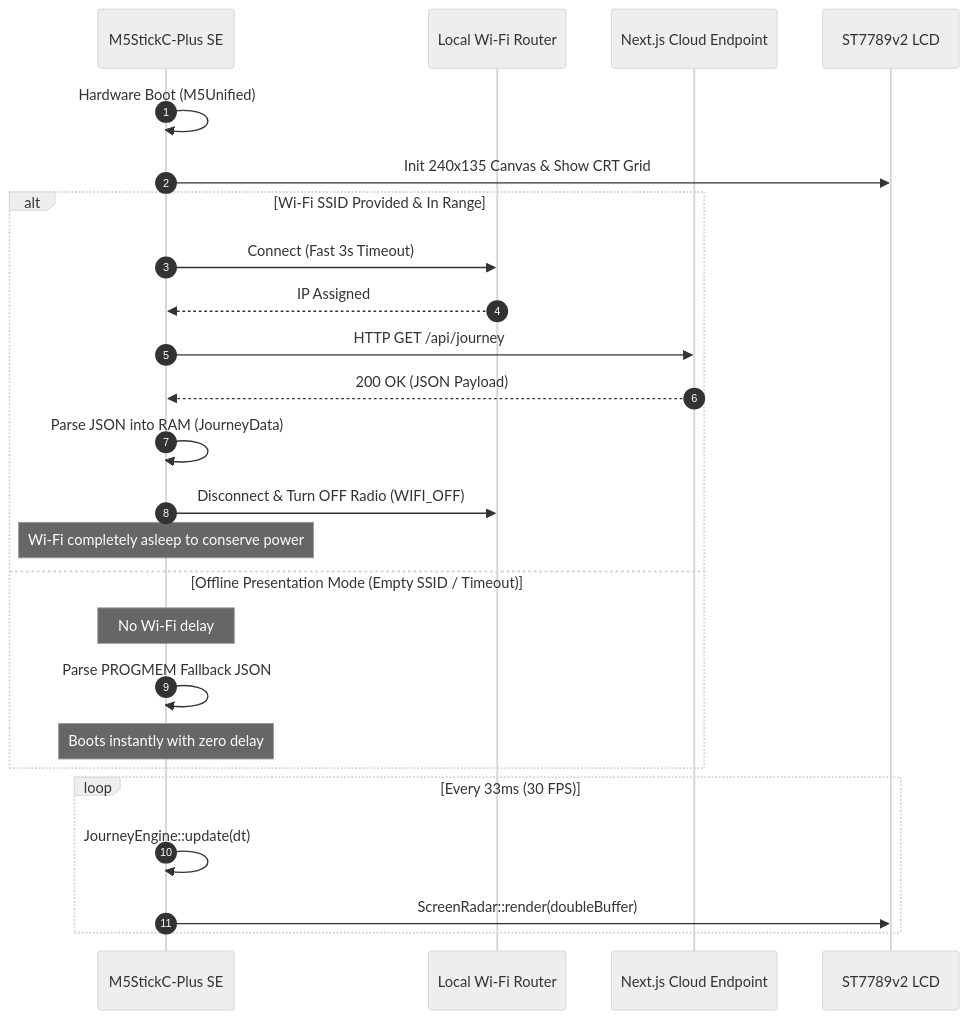
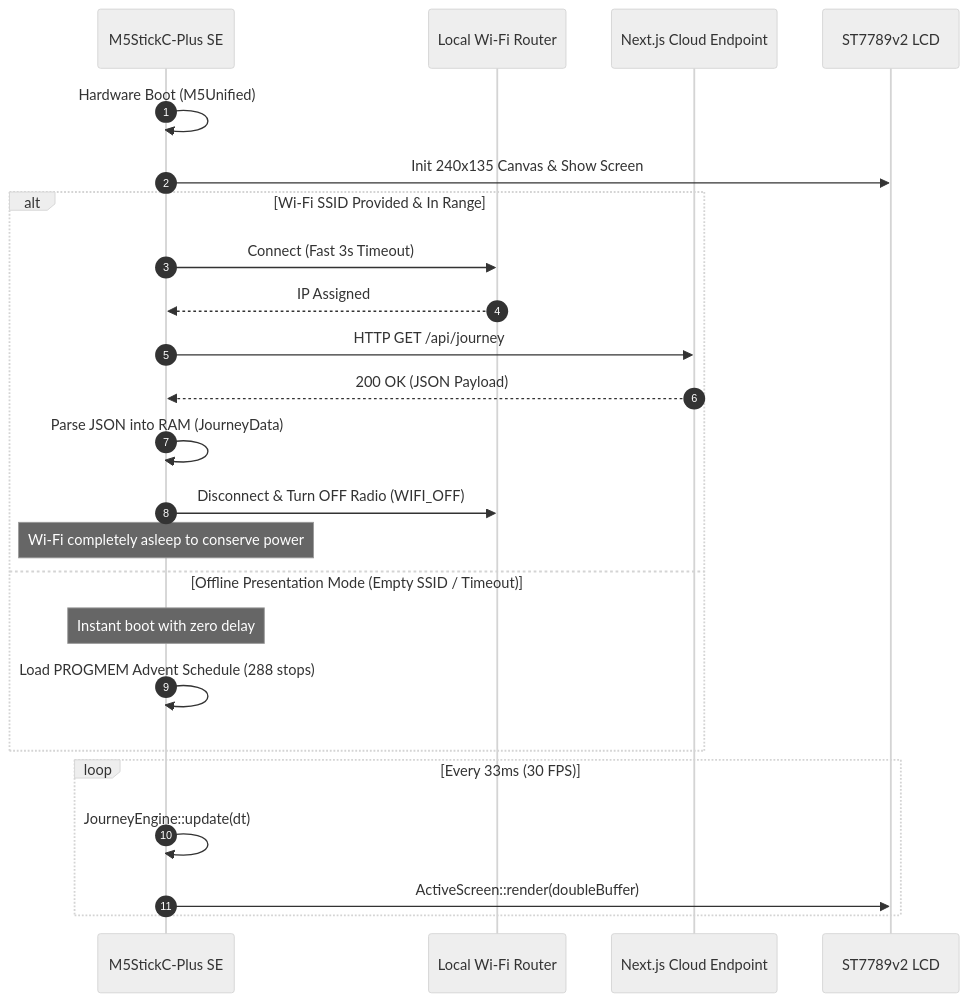
One commit to frogermcs/santa-tracker changed the second of 2 diagrams in docs/ARCHITECTURE.md. Above: the diagram before and after it, drawn with Mermaid (neutral theme). The commit also changed other lines of this file and 11 other files, not shown here.

````diff
--- a/docs/ARCHITECTURE.md
+++ b/docs/ARCHITECTURE.md
@@ -51,30 +72,29 @@
 ```mermaid
 sequenceDiagram
     autonumber
     participant M5 as M5StickC-Plus SE
     participant AP as Local Wi-Fi Router
     participant API as Next.js Cloud Endpoint
     participant Display as ST7789v2 LCD
 
     M5->>M5: Hardware Boot (M5Unified)
-    M5->>Display: Init 240x135 Canvas & Show CRT Grid
+    M5->>Display: Init 240x135 Canvas & Show Screen
 
     alt Wi-Fi SSID Provided & In Range
         M5->>AP: Connect (Fast 3s Timeout)
         AP-->>M5: IP Assigned
         M5->>API: HTTP GET /api/journey
         API-->>M5: 200 OK (JSON Payload)
         M5->>M5: Parse JSON into RAM (JourneyData)
         M5->>AP: Disconnect & Turn OFF Radio (WIFI_OFF)
         Note over M5: Wi-Fi completely asleep to conserve power
     else Offline Presentation Mode (Empty SSID / Timeout)
-        Note over M5: No Wi-Fi delay
-        M5->>M5: Parse PROGMEM Fallback JSON
-        Note over M5: Boots instantly with zero delay
+        Note over M5: Instant boot with zero delay
+        M5->>M5: Load PROGMEM Advent Schedule (288 stops)
     end
 
     loop Every 33ms (30 FPS)
         M5->>M5: JourneyEngine::update(dt)
-        M5->>Display: ScreenRadar::render(doubleBuffer)
+        M5->>Display: ActiveScreen::render(doubleBuffer)
     end
 ```
````
